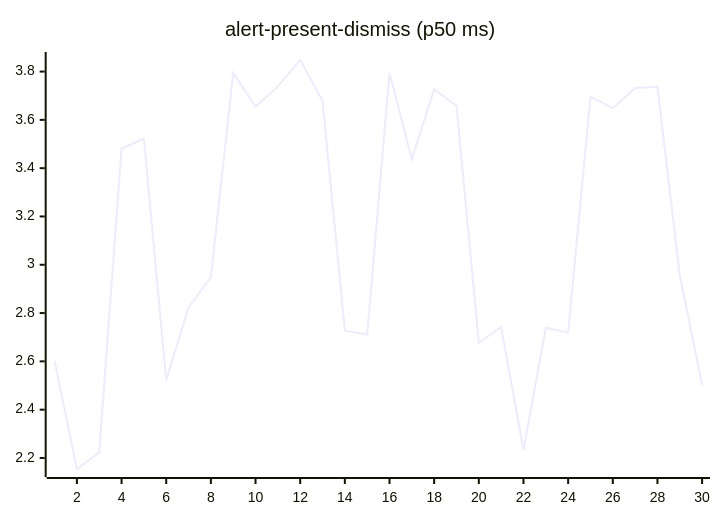
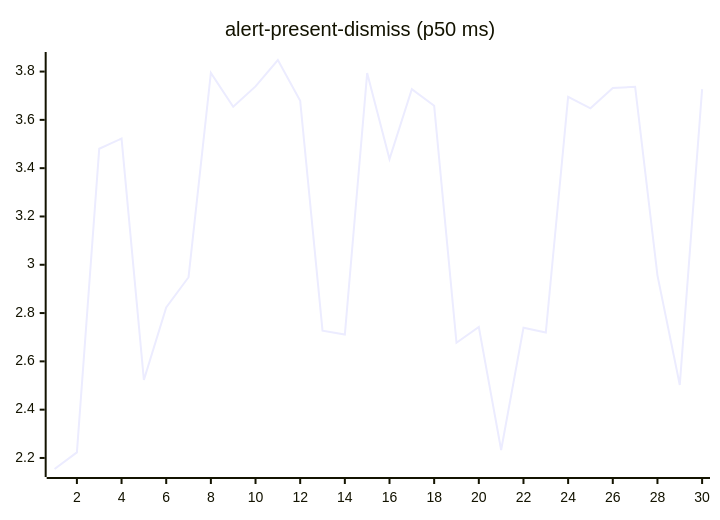
One commit to josha/Facet changed the second of 27 diagrams in README.md. Above: the diagram before and after it, drawn with Mermaid. The commit also changed other lines of this file and 2 other files, not shown here.

````diff
--- a/README.md
+++ b/README.md
@@ -70,6 +70,6 @@
 ```mermaid
 xychart-beta
     title "alert-present-dismiss (p50 ms)"
     x-axis 1 --> 30
-    line [2.6019, 2.1543, 2.2230, 3.4803, 3.5227, 2.5229, 2.8233, 2.9484, 3.7942, 3.6546, 3.7386, 3.8479, 3.6788, 2.7270, 2.7111, 3.7936, 3.4376, 3.7274, 3.6582, 2.6769, 2.7425, 2.2328, 2.7393, 2.7195, 3.6955, 3.6480, 3.7318, 3.7373, 2.9562, 2.5024]
+    line [2.1543, 2.2230, 3.4803, 3.5227, 2.5229, 2.8233, 2.9484, 3.7942, 3.6546, 3.7386, 3.8479, 3.6788, 2.7270, 2.7111, 3.7936, 3.4376, 3.7274, 3.6582, 2.6769, 2.7425, 2.2328, 2.7393, 2.7195, 3.6955, 3.6480, 3.7318, 3.7373, 2.9562, 2.5024, 3.7273]
 ```
````
